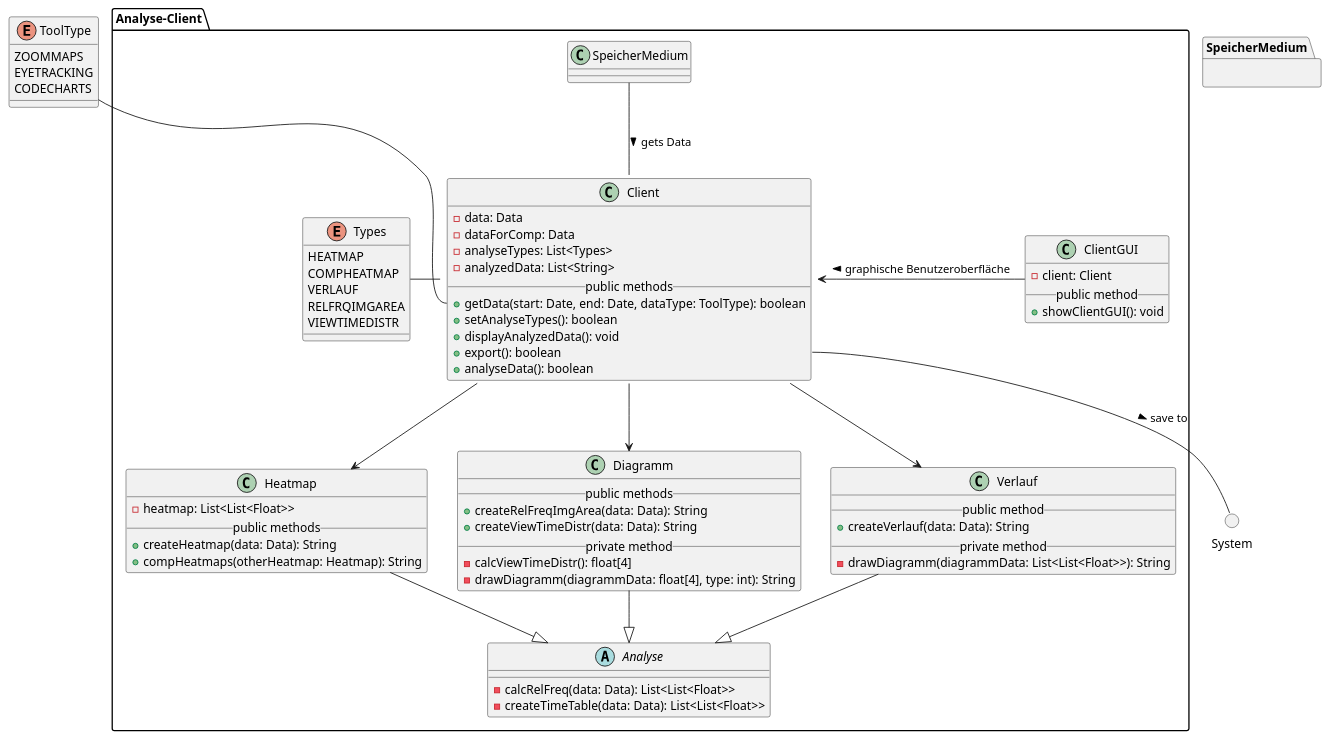
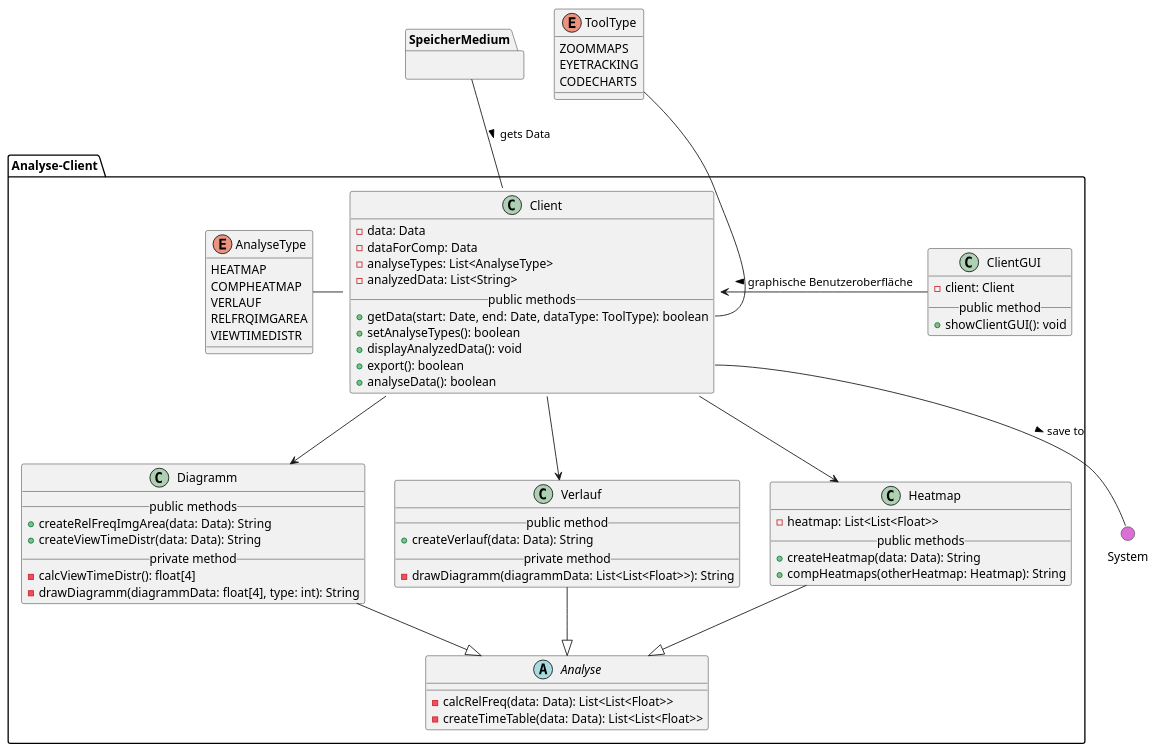
The diagram in meilenstein_03/uml-analyse-client/analyseclient.puml (weichware10/meilensteine), drawn with PlantUML before and after one commit.

Commit message:
Namensänderung & Farbe System

```diff
--- a/meilenstein_03/uml-analyse-client/analyseclient.puml
+++ b/meilenstein_03/uml-analyse-client/analyseclient.puml
@@ -1,100 +1,99 @@
 @startuml analyseclient
 
 ' === ANALYSE CLIENT ===
 package Analyse-Client{
   
   ' Client
   class Client {
     - data: Data
     - dataForComp: Data
-    - analyseTypes: List<Types>
+    - analyseTypes: List<AnalyseType>
     - analyzedData: List<String>
     __public methods__
     + getData(start: Date, end: Date, dataType: ToolType): boolean
     + setAnalyseTypes(): boolean
     + displayAnalyzedData(): void
     + export(): boolean
     + analyseData(): boolean
   }
 
   ' Analyse
   abstract Analyse {
     - calcRelFreq(data: Data): List<List<Float>>
     - createTimeTable(data: Data): List<List<Float>>
   }
 
   ' Heatmap
   class Heatmap {
     - heatmap: List<List<Float>>
     __public methods__
     + createHeatmap(data: Data): String
     + compHeatmaps(otherHeatmap: Heatmap): String
   }
 
   ' Verlauf
   class Verlauf {
     __public method__
     + createVerlauf(data: Data): String
     __private method__
     - drawDiagramm(diagrammData: List<List<Float>>): String
   }
 
   ' Diagramm
   class Diagramm {
     __public methods__
     + createRelFreqImgArea(data: Data): String
     + createViewTimeDistr(data: Data): String
     __private method__
     - calcViewTimeDistr(): float[4]
     - drawDiagramm(diagrammData: float[4], type: int): String
   }
 
-  ' Types
-  enum Types {
+  ' Type
+  enum AnalyseType {
     HEATMAP
     COMPHEATMAP
     VERLAUF
     RELFRQIMGAREA
     VIEWTIMEDISTR
   }
 
   ' ClientGUI
   class ClientGUI {
     - client: Client
     __public method__
     + showClientGUI(): void
   }
 
   ' Vererbung
   Analyse <|-u- Heatmap
   Analyse <|-u- Verlauf
   Analyse <|-u- Diagramm
 
   ' Interaktionen
   Client -d-> Heatmap 
   Client -d-> Verlauf
   Client -d-> Diagramm
-  Client -l- Types
+  Client -l- AnalyseType
   Client <-r- ClientGUI : < graphische Benutzeroberfläche
 
-  ' Andere Module
-  Client -u- SpeicherMedium : < gets Data
 }
 
 ' Typen der erhobenen Daten
 enum ToolType {
   ZOOMMAPS
   EYETRACKING
   CODECHARTS
 }
 
 ' Blackbox
 package SpeicherMedium {}
 
-() System
+() System #DA70D5
 
 ' Interaktionen
 Client::getData -u- ToolType
-Client::export -- System: > save to 
+Client::export -- System: > save to
+Client -u- SpeicherMedium : < gets Data
 
 @enduml
```
